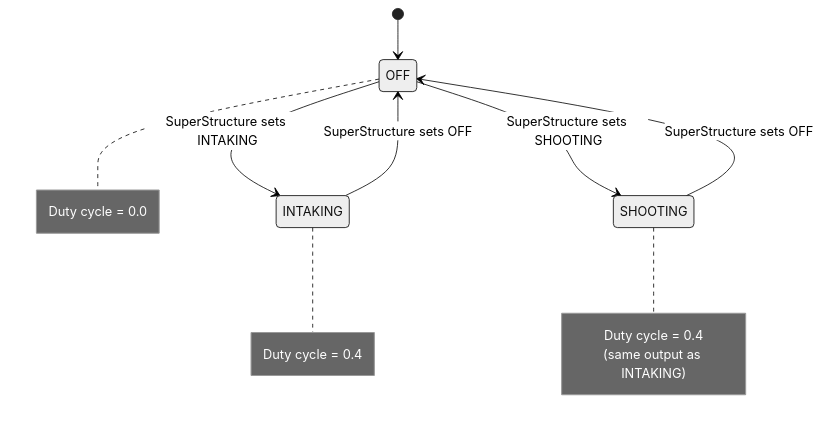
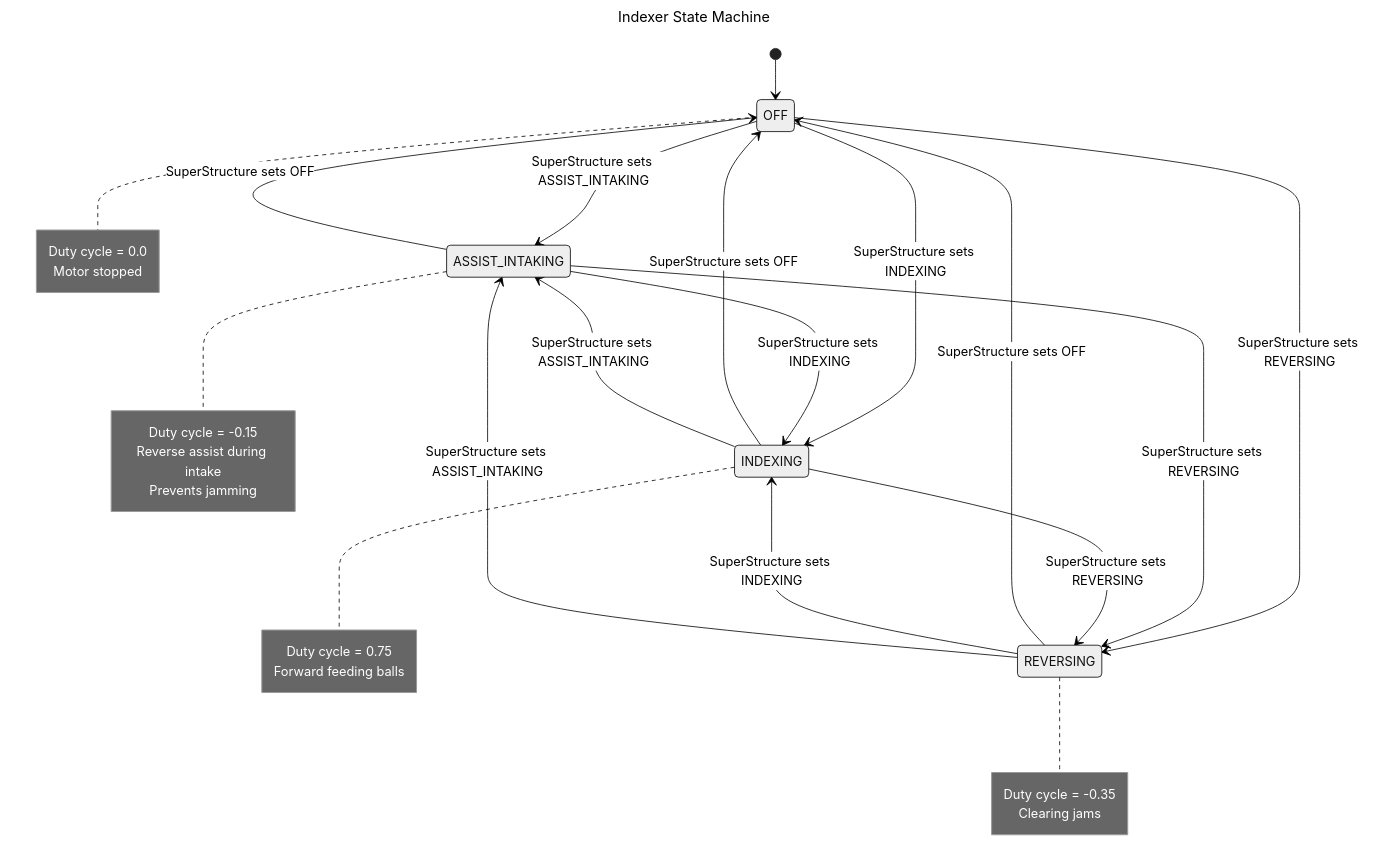
Before and after one commit to FRCTeam360/RainMaker26: the diagram in docs/diagrams/subsystem_states/IndexerStateMachine.mmd, drawn with Mermaid (neutral theme). The commit also changed 13 other files, not shown here.

Commit message:
updating state machine diagrams

```diff
--- a/docs/diagrams/subsystem_states/IndexerStateMachine.mmd
+++ b/docs/diagrams/subsystem_states/IndexerStateMachine.mmd
@@ -1,14 +1,42 @@
-%% Indexer State Machine
-%% Reflects actual code in Indexer.java
+---
+title: Indexer State Machine
+---
 stateDiagram-v2
     [*] --> OFF
 
-    OFF --> INTAKING : SuperStructure sets INTAKING
-    INTAKING --> OFF : SuperStructure sets OFF
+    OFF --> ASSIST_INTAKING : SuperStructure sets ASSIST_INTAKING
+    ASSIST_INTAKING --> OFF : SuperStructure sets OFF
 
-    OFF --> SHOOTING : SuperStructure sets SHOOTING
-    SHOOTING --> OFF : SuperStructure sets OFF
+    OFF --> INDEXING : SuperStructure sets INDEXING
+    INDEXING --> OFF : SuperStructure sets OFF
 
-    note right of OFF : Duty cycle = 0.0
-    note right of INTAKING : Duty cycle = 0.4
-    note right of SHOOTING : Duty cycle = 0.4<br>(same output as INTAKING)
+    OFF --> REVERSING : SuperStructure sets REVERSING
+    REVERSING --> OFF : SuperStructure sets OFF
+
+    ASSIST_INTAKING --> INDEXING : SuperStructure sets INDEXING
+    INDEXING --> ASSIST_INTAKING : SuperStructure sets ASSIST_INTAKING
+    ASSIST_INTAKING --> REVERSING : SuperStructure sets REVERSING
+    INDEXING --> REVERSING : SuperStructure sets REVERSING
+    REVERSING --> INDEXING : SuperStructure sets INDEXING
+    REVERSING --> ASSIST_INTAKING : SuperStructure sets ASSIST_INTAKING
+
+    note right of OFF
+        Duty cycle = 0.0
+        Motor stopped
+    end note
+
+    note right of ASSIST_INTAKING
+        Duty cycle = -0.15
+        Reverse assist during intake
+        Prevents jamming
+    end note
+
+    note right of INDEXING
+        Duty cycle = 0.75
+        Forward feeding balls
+    end note
+
+    note right of REVERSING
+        Duty cycle = -0.35
+        Clearing jams
+    end note
```
